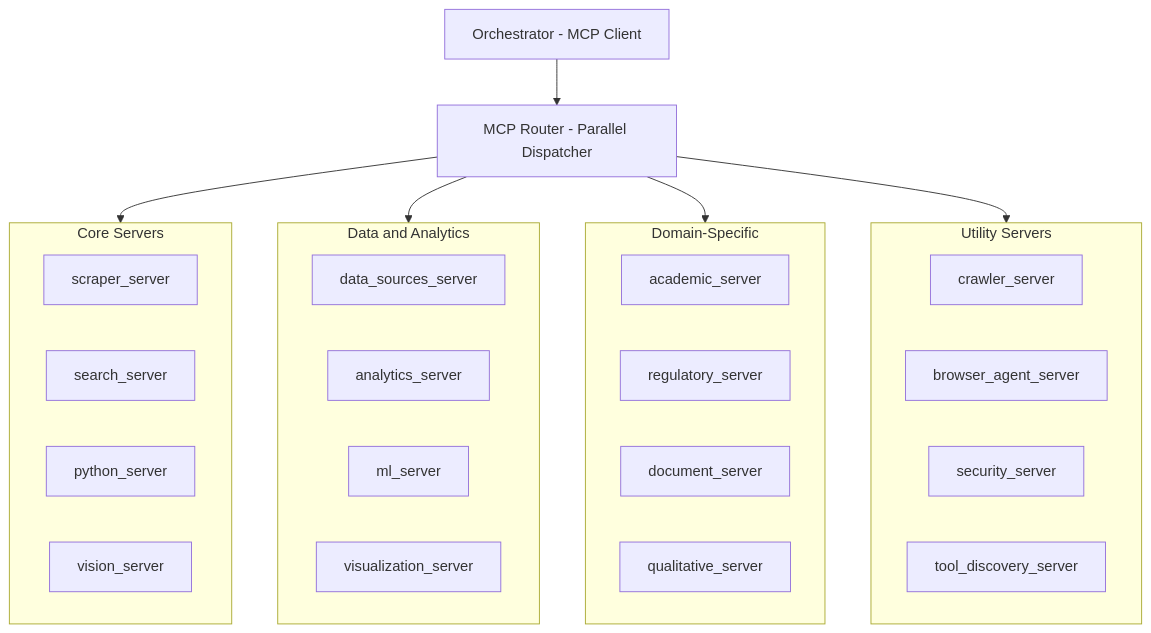
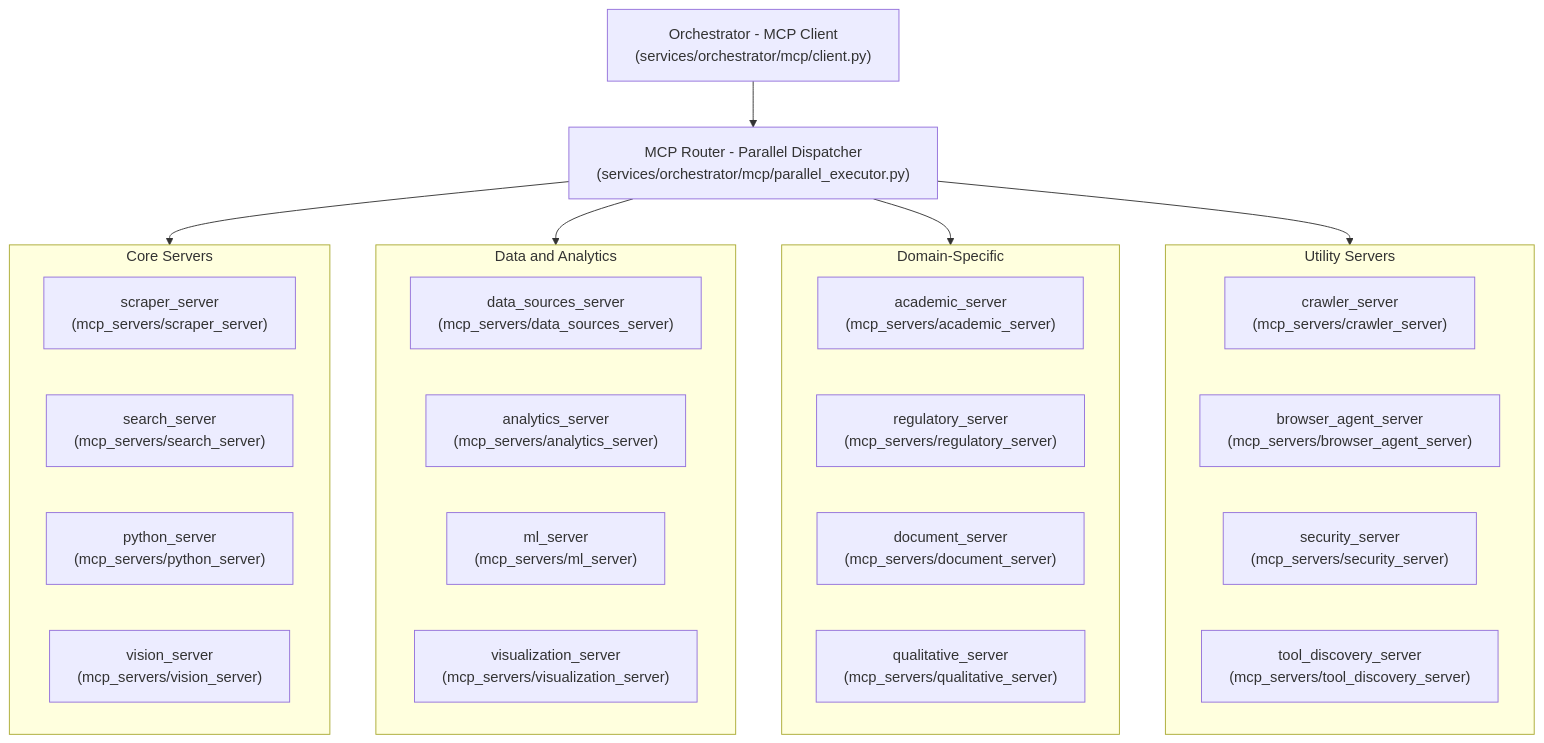
The first of 16 diagrams in README.md (azzindani/Kea), drawn with Mermaid before and after one commit. The commit also changed other lines of this file, not shown here.

Commit message:
docs: Add file path references to Mermaid diagrams in README.md for improved clarity.

````diff
--- a/README.md
+++ b/README.md
@@ -18,40 +18,40 @@
 ```mermaid
 graph TD
-    Orchestrator[Orchestrator - MCP Client]
-    Router[MCP Router - Parallel Dispatcher]
+    Orchestrator["Orchestrator - MCP Client<br/>(services/orchestrator/mcp/client.py)"]
+    Router["MCP Router - Parallel Dispatcher<br/>(services/orchestrator/mcp/parallel_executor.py)"]
     
     Orchestrator --> Router
     
     subgraph Core[Core Servers]
-        S1[scraper_server]
-        S2[search_server]
-        S3[python_server]
-        S4[vision_server]
+        S1["scraper_server<br/>(mcp_servers/scraper_server)"]
+        S2["search_server<br/>(mcp_servers/search_server)"]
+        S3["python_server<br/>(mcp_servers/python_server)"]
+        S4["vision_server<br/>(mcp_servers/vision_server)"]
     end
     
     subgraph Data[Data and Analytics]
-        D1[data_sources_server]
-        D2[analytics_server]
-        D3[ml_server]
-        D4[visualization_server]
+        D1["data_sources_server<br/>(mcp_servers/data_sources_server)"]
+        D2["analytics_server<br/>(mcp_servers/analytics_server)"]
+        D3["ml_server<br/>(mcp_servers/ml_server)"]
+        D4["visualization_server<br/>(mcp_servers/visualization_server)"]
     end
     
     subgraph Domain[Domain-Specific]
-        X1[academic_server]
-        X2[regulatory_server]
-        X3[document_server]
-        X4[qualitative_server]
+        X1["academic_server<br/>(mcp_servers/academic_server)"]
+        X2["regulatory_server<br/>(mcp_servers/regulatory_server)"]
+        X3["document_server<br/>(mcp_servers/document_server)"]
+        X4["qualitative_server<br/>(mcp_servers/qualitative_server)"]
     end
     
     subgraph Utility[Utility Servers]
-        U1[crawler_server]
-        U2[browser_agent_server]
-        U3[security_server]
-        U4[tool_discovery_server]
+        U1["crawler_server<br/>(mcp_servers/crawler_server)"]
+        U2["browser_agent_server<br/>(mcp_servers/browser_agent_server)"]
+        U3["security_server<br/>(mcp_servers/security_server)"]
+        U4["tool_discovery_server<br/>(mcp_servers/tool_discovery_server)"]
     end
     
     Router --> Core
     Router --> Data
     Router --> Domain
     Router --> Utility
 ```
````
